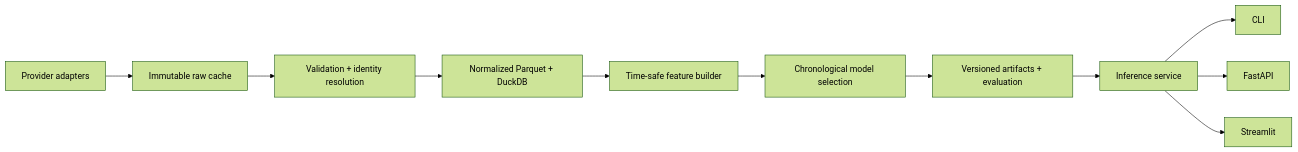
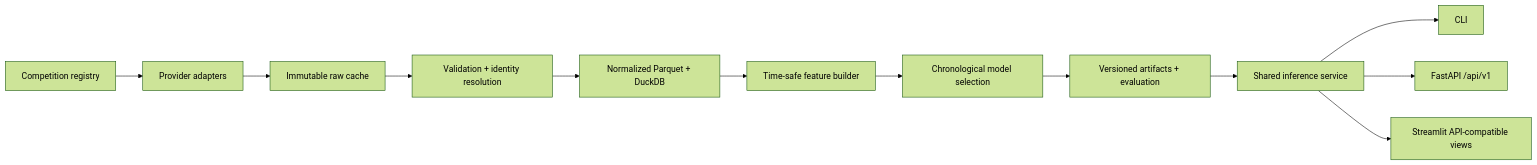
One commit to devrshah3/soccer-prediction-engine changed the diagram in README.md. Above: the diagram before and after it, drawn with Mermaid (forest theme). The commit also changed other lines of this file and 31 other files, not shown here.

````diff
--- a/README.md
+++ b/README.md
@@ -21,13 +21,14 @@
 ```mermaid
 flowchart LR
-  A[Provider adapters] --> B[Immutable raw cache]
+  R[Competition registry] --> A[Provider adapters]
+  A --> B[Immutable raw cache]
   B --> C[Validation + identity resolution]
   C --> D[Normalized Parquet + DuckDB]
   D --> E[Time-safe feature builder]
   E --> F[Chronological model selection]
   F --> G[Versioned artifacts + evaluation]
-  G --> H[Inference service]
+  G --> H[Shared inference service]
   H --> I[CLI]
-  H --> J[FastAPI]
-  H --> K[Streamlit]
+  H --> J[FastAPI /api/v1]
+  H --> K[Streamlit API-compatible views]
 ```
````
